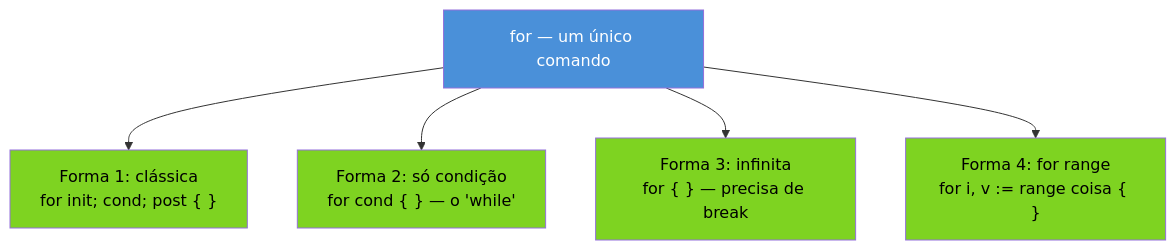
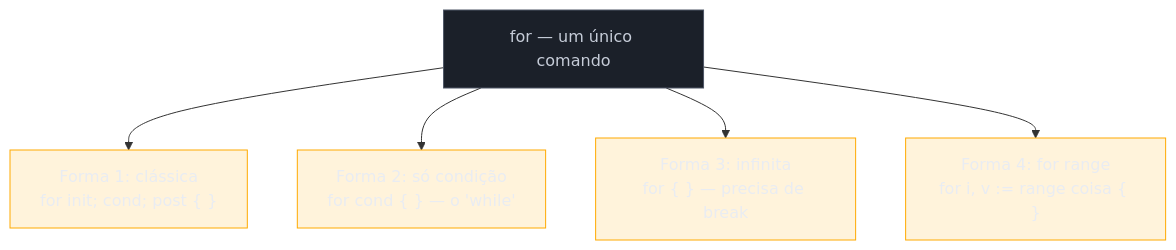
One commit to josenaldo/codex-technomanticus changed the second of 2 diagrams in 03-Dominios/Tecnologia/Go/01 - Fundamentos e sintaxe/03 - Controle de fluxo.md. Above: the diagram before and after it, drawn with Mermaid. The commit also changed other lines of this file and 1181 other files, not shown here.

First line of the commit message:
fix(diagramas): paleta do sistema no lugar de cor cravada no markdown

````diff
--- a/03-Dominios/Tecnologia/Go/01 - Fundamentos e sintaxe/03 - Controle de fluxo.md
+++ b/03-Dominios/Tecnologia/Go/01 - Fundamentos e sintaxe/03 - Controle de fluxo.md
@@ -159,13 +161,15 @@
 ```mermaid
 flowchart TD
+    classDef neutro fill:#1B2029,stroke:#4E5666,color:#C6CCD8
+    classDef destaque fill:#FFAA0024,stroke:#FFAA00,color:#E9ECF2
     subj["for — um único comando"] --> f1["Forma 1: clássica<br/>for init; cond; post { }"]
     subj --> f2["Forma 2: só condição<br/>for cond { } — o 'while'"]
     subj --> f3["Forma 3: infinita<br/>for { } — precisa de break"]
     subj --> f4["Forma 4: for range<br/>for i, v := range coisa { }"]
 
-    style subj fill:#4A90D9,color:#fff
-    style f1 fill:#7ED321,color:#000
-    style f2 fill:#7ED321,color:#000
-    style f3 fill:#7ED321,color:#000
-    style f4 fill:#7ED321,color:#000
+    class subj neutro
+    class f1 destaque
+    class f2 destaque
+    class f3 destaque
+    class f4 destaque
 ```
````
